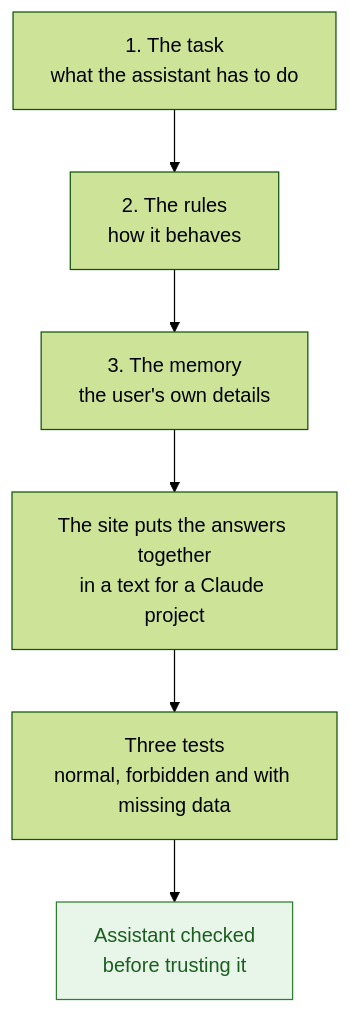
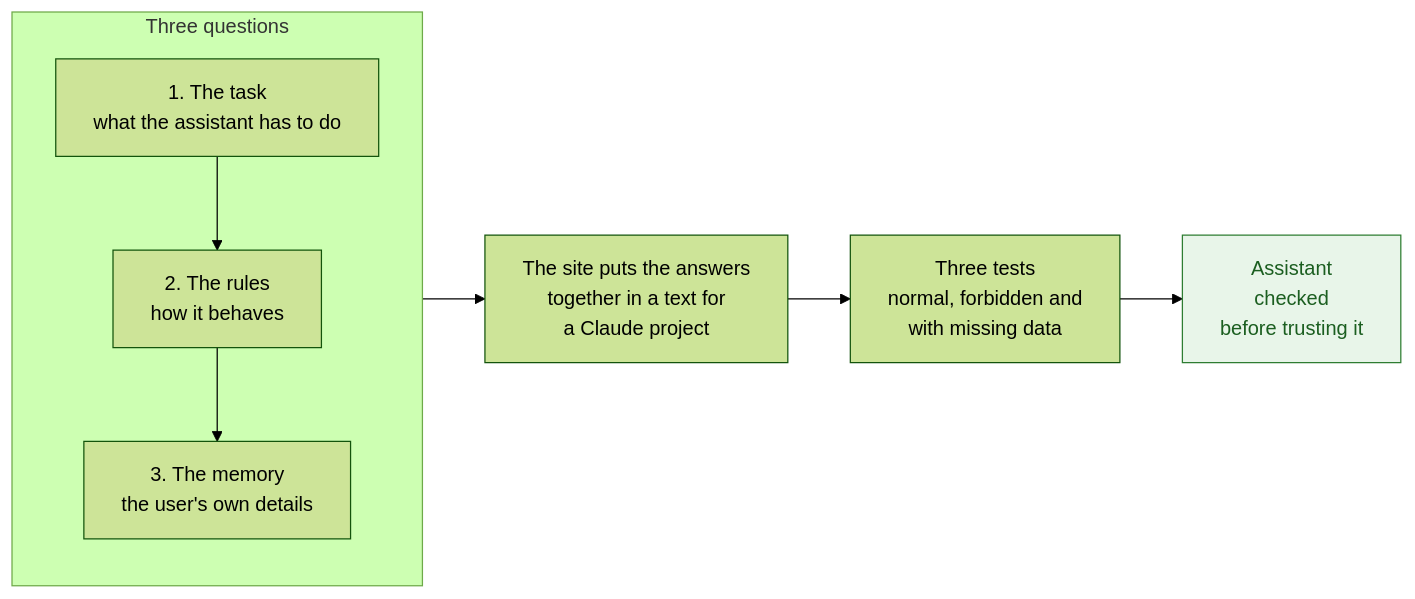
Before and after one commit to jleonceo/tu-primer-asistente-ia-web: the diagram in README.en.md, drawn with Mermaid (forest theme). The commit also changed 1 other file, not shown here.

Commit message:
Esquema: pasa a horizontal para que ocupe menos de una pantalla
Iba de arriba abajo y ocupaba más de 1.000 píxeles de alto. Ahora va de
izquierda a derecha, con los pasos agrupados en columnas. El contenido de
las cajas es el mismo.

````diff
--- a/README.en.md
+++ b/README.en.md
@@ -29,9 +29,12 @@
 ```mermaid
-flowchart TD
-    T[1. The task<br/>what the assistant has to do] --> N[2. The rules<br/>how it behaves]
-    N --> M[3. The memory<br/>the user's own details]
-    M --> X[The site puts the answers together<br/>in a text for a Claude project]
-    X --> P[Three tests<br/>normal, forbidden and with missing data]
-    P --> C[Assistant checked<br/>before trusting it]
+flowchart LR
+    subgraph S1[Three questions]
+        direction TB
+        T[1. The task<br/>what the assistant has to do] --> N[2. The rules<br/>how it behaves]
+        N --> M[3. The memory<br/>the user's own details]
+    end
+    S1 --> X[The site puts the answers<br/>together in a text for<br/>a Claude project]
+    X --> P[Three tests<br/>normal, forbidden and<br/>with missing data]
+    P --> C[Assistant<br/>checked<br/>before trusting it]
     style C fill:#e8f5e9,stroke:#2e7d32,color:#1b5e20
 ```
````
